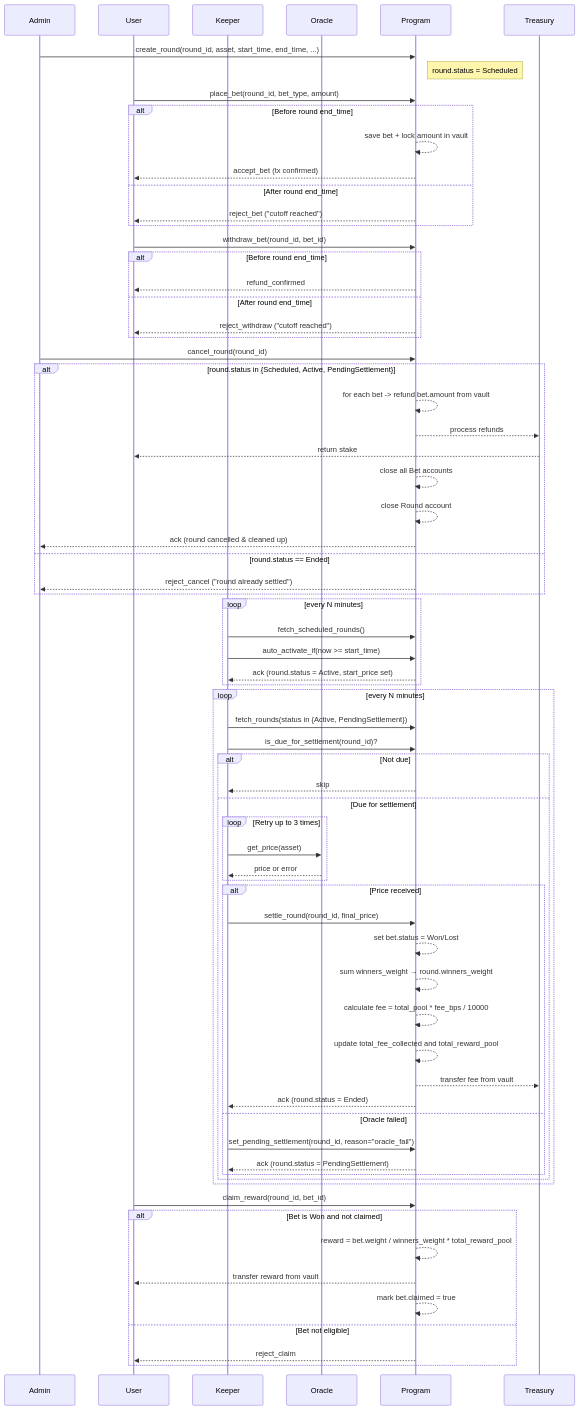
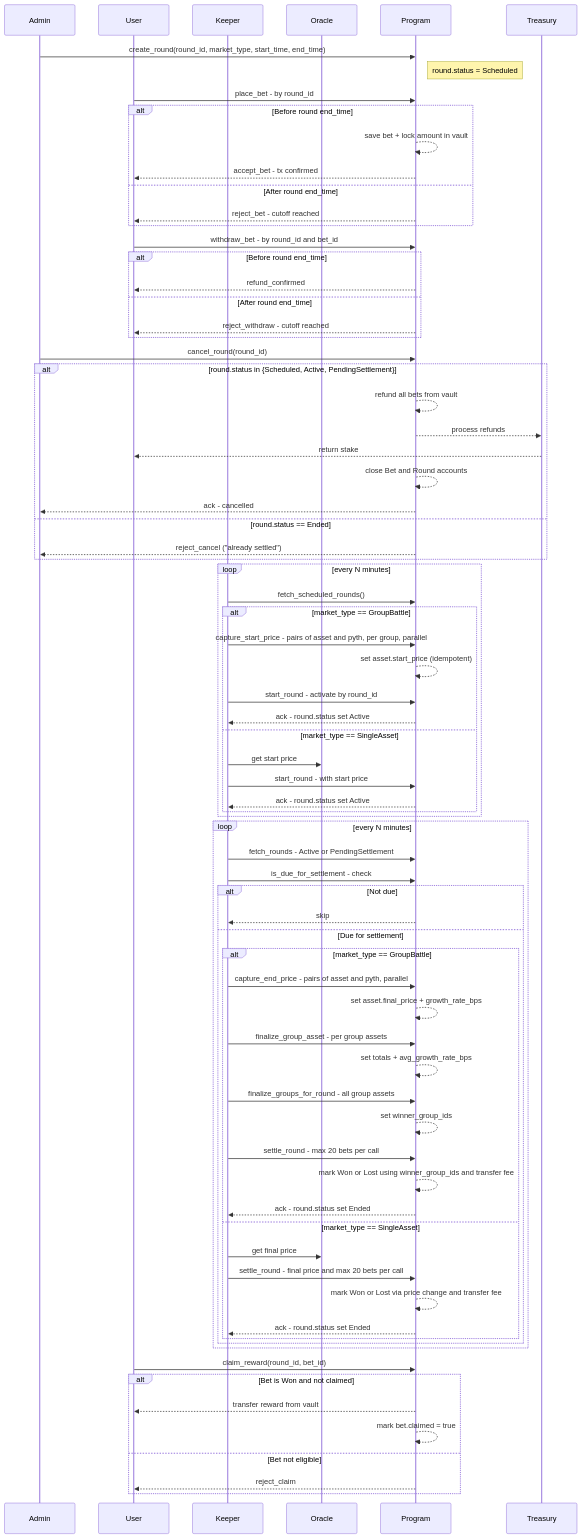
One commit to muhammad-akbrrr/gold-rush-smartcontract changed the first of 7 diagrams in README.md. Above: the diagram before and after it, drawn with Mermaid. The commit also changed other lines of this file, not shown here.

Commit message:
feat(readme): group stocks batter game

```diff
--- a/README.md
+++ b/README.md
@@ -66,69 +76,74 @@
     participant Treasury
 
     %% Round creation
-    Admin->>Program: create_round(round_id, asset, start_time, end_time, ...)
+    Admin->>Program: create_round(round_id, market_type, start_time, end_time)
     Note right of Program: round.status = Scheduled
 
     %% User actions (place / withdraw)
-    User->>Program: place_bet(round_id, bet_type, amount)
+    User->>Program: place_bet - by round_id
     alt Before round end_time
       Program-->>Program: save bet + lock amount in vault
-      Program-->>User: accept_bet (tx confirmed)
+      Program-->>User: accept_bet - tx confirmed
     else After round end_time
-      Program-->>User: reject_bet ("cutoff reached")
+      Program-->>User: reject_bet - cutoff reached
     end
 
-    User->>Program: withdraw_bet(round_id, bet_id)
+    User->>Program: withdraw_bet - by round_id and bet_id
     alt Before round end_time
       Program-->>User: refund_confirmed
     else After round end_time
-      Program-->>User: reject_withdraw ("cutoff reached")
+      Program-->>User: reject_withdraw - cutoff reached
     end
 
     %% Admin: cancel round (hard cancel)
     Admin->>Program: cancel_round(round_id)
     alt round.status in {Scheduled, Active, PendingSettlement}
-      Program-->>Program: for each bet -> refund bet.amount from vault
+      Program-->>Program: refund all bets from vault
       Program-->>Treasury: process refunds
       Treasury-->>User: return stake
-      Program-->>Program: close all Bet accounts
-      Program-->>Program: close Round account
-      Program-->>Admin: ack (round cancelled & cleaned up)
+      Program-->>Program: close Bet and Round accounts
+      Program-->>Admin: ack - cancelled
     else round.status == Ended
-      Program-->>Admin: reject_cancel ("round already settled")
+      Program-->>Admin: reject_cancel ("already settled")
     end
 
-    %% Keeper: activate scheduled rounds
+    %% Keeper: activation & price capture
     loop every N minutes
       Keeper->>Program: fetch_scheduled_rounds()
-      Keeper->>Program: auto_activate_if(now >= start_time)
-      Program-->>Keeper: ack (round.status = Active, start_price set)
+      alt market_type == GroupBattle
+        Keeper->>Program: capture_start_price - pairs of asset and pyth, per group, parallel
+        Program-->>Program: set asset.start_price (idempotent)
+        Keeper->>Program: start_round - activate by round_id
+        Program-->>Keeper: ack - round.status set Active
+      else market_type == SingleAsset
+        Keeper->>Oracle: get start price
+        Keeper->>Program: start_round - with start price
+        Program-->>Keeper: ack - round.status set Active
+      end
     end
 
     %% Keeper: settlement path (active/pending)
     loop every N minutes
-      Keeper->>Program: fetch_rounds(status in {Active, PendingSettlement})
-      Keeper->>Program: is_due_for_settlement(round_id)?
+      Keeper->>Program: fetch_rounds - Active or PendingSettlement
+      Keeper->>Program: is_due_for_settlement - check
       alt Not due
         Program-->>Keeper: skip
       else Due for settlement
-        %% Keeper obtains price from Oracle (off-chain)
-        loop Retry up to 3 times
-          Keeper->>Oracle: get_price(asset)
-          Oracle-->>Keeper: price or error
-        end
-
-        alt Price received
-          Keeper->>Program: settle_round(round_id, final_price)
-          Program-->>Program: set bet.status = Won/Lost
-          Program-->>Program: sum winners_weight → round.winners_weight
-          Program-->>Program: calculate fee = total_pool * fee_bps / 10000
-          Program-->>Program: update total_fee_collected and total_reward_pool
-          Program-->>Treasury: transfer fee from vault
-          Program-->>Keeper: ack (round.status = Ended)
-        else Oracle failed
-          Keeper->>Program: set_pending_settlement(round_id, reason="oracle_fail")
-          Program-->>Keeper: ack (round.status = PendingSettlement)
+        alt market_type == GroupBattle
+          Keeper->>Program: capture_end_price - pairs of asset and pyth, parallel
+          Program-->>Program: set asset.final_price + growth_rate_bps
+          Keeper->>Program: finalize_group_asset - per group assets
+          Program-->>Program: set totals + avg_growth_rate_bps
+          Keeper->>Program: finalize_groups_for_round - all group assets
+          Program-->>Program: set winner_group_ids
+          Keeper->>Program: settle_round - max 20 bets per call
+          Program-->>Program: mark Won or Lost using winner_group_ids and transfer fee
+          Program-->>Keeper: ack - round.status set Ended
+        else market_type == SingleAsset
+          Keeper->>Oracle: get final price
+          Keeper->>Program: settle_round - final price and max 20 bets per call
+          Program-->>Program: mark Won or Lost via price change and transfer fee
+          Program-->>Keeper: ack - round.status set Ended
         end
       end
     end
@@ -136,7 +151,6 @@
     %% After settlement, user claims reward
     User->>Program: claim_reward(round_id, bet_id)
     alt Bet is Won and not claimed
-      Program-->>Program: reward = bet.weight / winners_weight * total_reward_pool
       Program-->>User: transfer reward from vault
       Program-->>Program: mark bet.claimed = true
     else Bet not eligible
```
